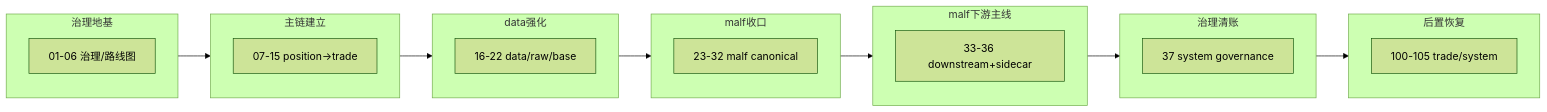
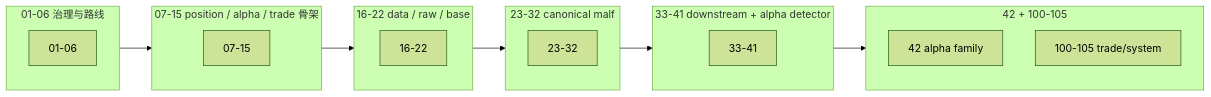
Before and after one commit to everything-is-simple/lifespan-0.01: the diagram in docs/03-execution/00-conclusion-catalog-20260409.md, drawn with Mermaid (forest theme). The commit also changed other lines of this file and 25 other files, not shown here.

Commit message:
alpha: add PAS detector and family alignment docs

````diff
--- a/docs/03-execution/00-conclusion-catalog-20260409.md
+++ b/docs/03-execution/00-conclusion-catalog-20260409.md
@@ -63,25 +67,23 @@
 ```mermaid
 flowchart LR
-    subgraph 治理地基
-        C01[01-06 治理/路线图]
+    subgraph GOV["01-06 治理与路线"]
+        C01["01-06"]
     end
-    subgraph 主链建立
-        C07[07-15 position→trade]
+    subgraph MAIN["07-15 position / alpha / trade 骨架"]
+        C07["07-15"]
     end
-    subgraph data强化
-        C16[16-22 data/raw/base]
+    subgraph DATA["16-22 data / raw / base"]
+        C16["16-22"]
     end
-    subgraph malf收口
-        C23[23-32 malf canonical]
+    subgraph MALF["23-32 canonical malf"]
+        C23["23-32"]
     end
-    subgraph malf下游主线
-        C33[33-36 downstream+sidecar]
+    subgraph DOWN["33-41 downstream + alpha detector"]
+        C33["33-41"]
     end
-    subgraph 治理清账
-        C37[37 system governance]
+    subgraph NEXT["42 + 100-105"]
+        C42["42 alpha family"]
+        C100["100-105 trade/system"]
     end
-    subgraph 后置恢复
-        C100[100-105 trade/system]
-    end
-    治理地基 --> 主链建立 --> data强化 --> malf收口 --> malf下游主线 --> 治理清账 --> 后置恢复
+    GOV --> MAIN --> DATA --> MALF --> DOWN --> NEXT
 ```
````
